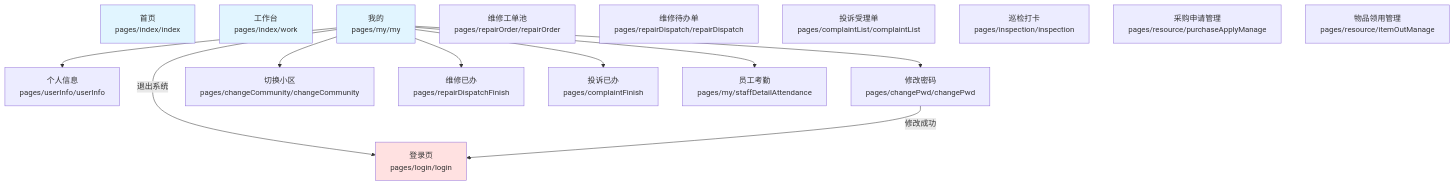
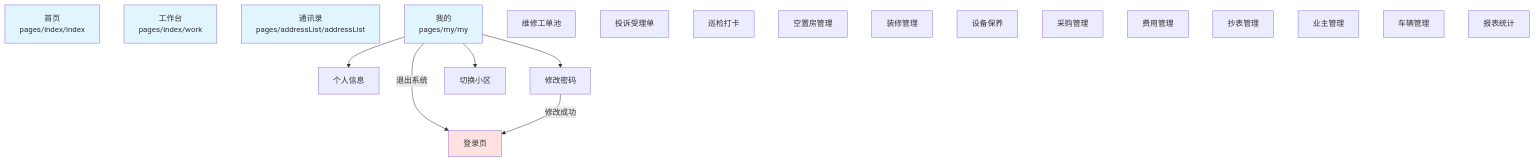
The first of 19 diagrams in .github/reports/vue2-route-navigation-map.md (nwt-q/001-Smart-Community), drawn with Mermaid before and after one commit. The commit also changed other lines of this file, not shown here.

Commit message:
🐳 chore(root): 重新制作路由关系图标；

````diff
--- a/.github/reports/vue2-route-navigation-map.md
+++ b/.github/reports/vue2-route-navigation-map.md
@@ -15,40 +56,42 @@
 ```mermaid
 graph TB
-    %% 入口页面
+    %% 入口页面（TabBar）
     Index["首页<br/>pages/index/index"]
     Work["工作台<br/>pages/index/work"]
+    AddressList["通讯录<br/>pages/addressList/addressList"]
     My["我的<br/>pages/my/my"]
 
     %% 主要功能模块入口
-    RepairOrder["维修工单池<br/>pages/repairOrder/repairOrder"]
-    RepairDispatch["维修待办单<br/>pages/repairDispatch/repairDispatch"]
-    ComplaintList["投诉受理单<br/>pages/complaintList/complaintList"]
-    Inspection["巡检打卡<br/>pages/inspection/inspection"]
-    PurchaseManage["采购申请管理<br/>pages/resource/purchaseApplyManage"]
-    ItemOutManage["物品领用管理<br/>pages/resource/itemOutManage"]
+    RepairOrder["维修工单池"]
+    ComplaintList["投诉受理单"]
+    Inspection["巡检打卡"]
+    ApplyRoom["空置房管理"]
+    RoomRenovation["装修管理"]
+    Maintainance["设备保养"]
+    PurchaseManage["采购管理"]
+    FeeManage["费用管理"]
+    MeterReading["抄表管理"]
+    OwnerManage["业主管理"]
+    CarManage["车辆管理"]
+    DataReport["报表统计"]
 
     %% 个人中心功能
-    UserInfo["个人信息<br/>pages/userInfo/userInfo"]
-    ChangePwd["修改密码<br/>pages/changePwd/changePwd"]
-    ChangeCommunity["切换小区<br/>pages/changeCommunity/changeCommunity"]
-    RepairFinish["维修已办<br/>pages/repairDispatchFinish"]
-    ComplaintFinish["投诉已办<br/>pages/complaintFinish"]
-    StaffAttendance["员工考勤<br/>pages/my/staffDetailAttendance"]
-    Login["登录页<br/>pages/login/login"]
+    UserInfo["个人信息"]
+    ChangePwd["修改密码"]
+    ChangeCommunity["切换小区"]
+    Login["登录页"]
 
-    %% 连接关系 - 从我的页面出发
+    %% 从"我的"页面的跳转
     My --> ChangeCommunity
     My --> UserInfo
-    My --> RepairFinish
-    My --> ComplaintFinish
-    My --> StaffAttendance
     My --> ChangePwd
     My -->|退出系统| Login
     ChangePwd -->|修改成功| Login
 
-    %% 标注：工作台和首页是主要入口，通过TabBar访问各功能模块
+    %% 标注：首页、工作台、通讯录、我的是TabBar主入口
     style Index fill:#e1f5ff
     style Work fill:#e1f5ff
+    style AddressList fill:#e1f5ff
     style My fill:#e1f5ff
     style Login fill:#ffe1e1
 ```
````
